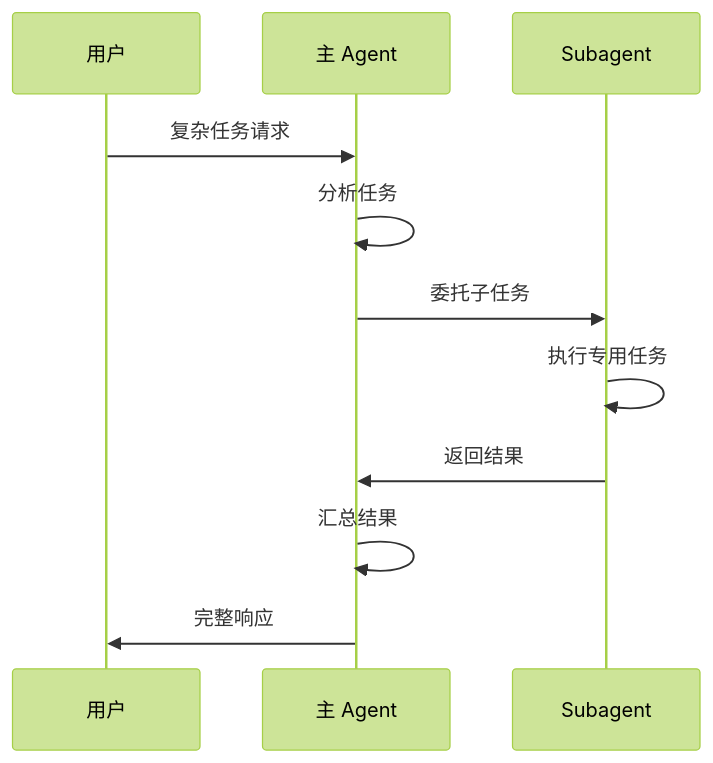
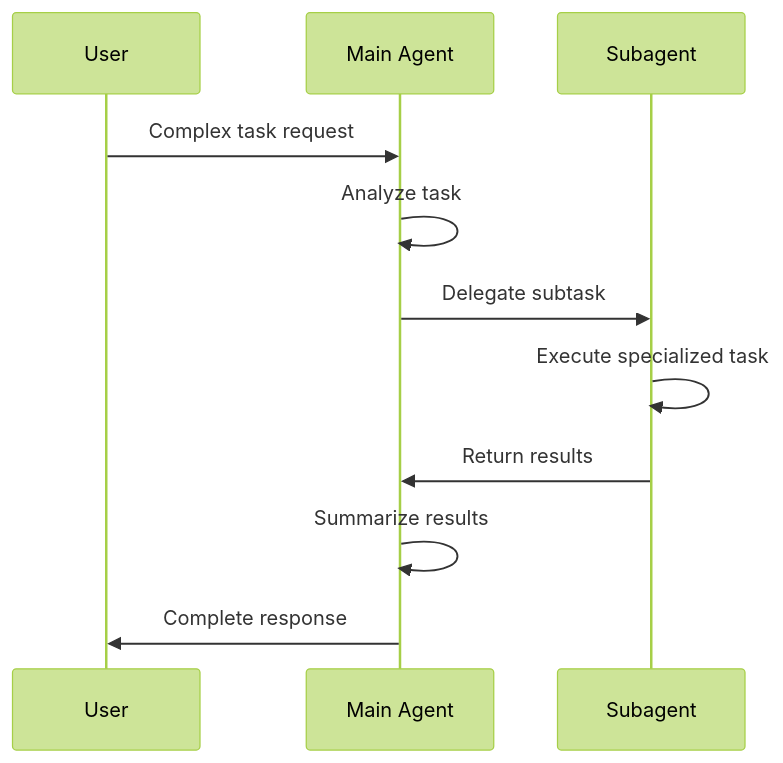
Before and after one commit to DDR187/cursor-howto: the second of 2 diagrams in 10-subagents/README.md, drawn with Mermaid (forest theme). The commit also changed other lines of this file and 22 other files, not shown here.

````diff
--- a/10-subagents/README.md
+++ b/10-subagents/README.md
@@ -51,14 +51,14 @@
 ```mermaid
 sequenceDiagram
-    participant U as 用户
-    participant M as 主 Agent
+    participant U as User
+    participant M as Main Agent
     participant S as Subagent
     
-    U->>M: 复杂任务请求
-    M->>M: 分析任务
-    M->>S: 委托子任务
-    S->>S: 执行专用任务
-    S->>M: 返回结果
-    M->>M: 汇总结果
-    M->>U: 完整响应
+    U->>M: Complex task request
+    M->>M: Analyze task
+    M->>S: Delegate subtask
+    S->>S: Execute specialized task
+    S->>M: Return results
+    M->>M: Summarize results
+    M->>U: Complete response
 ```
````
